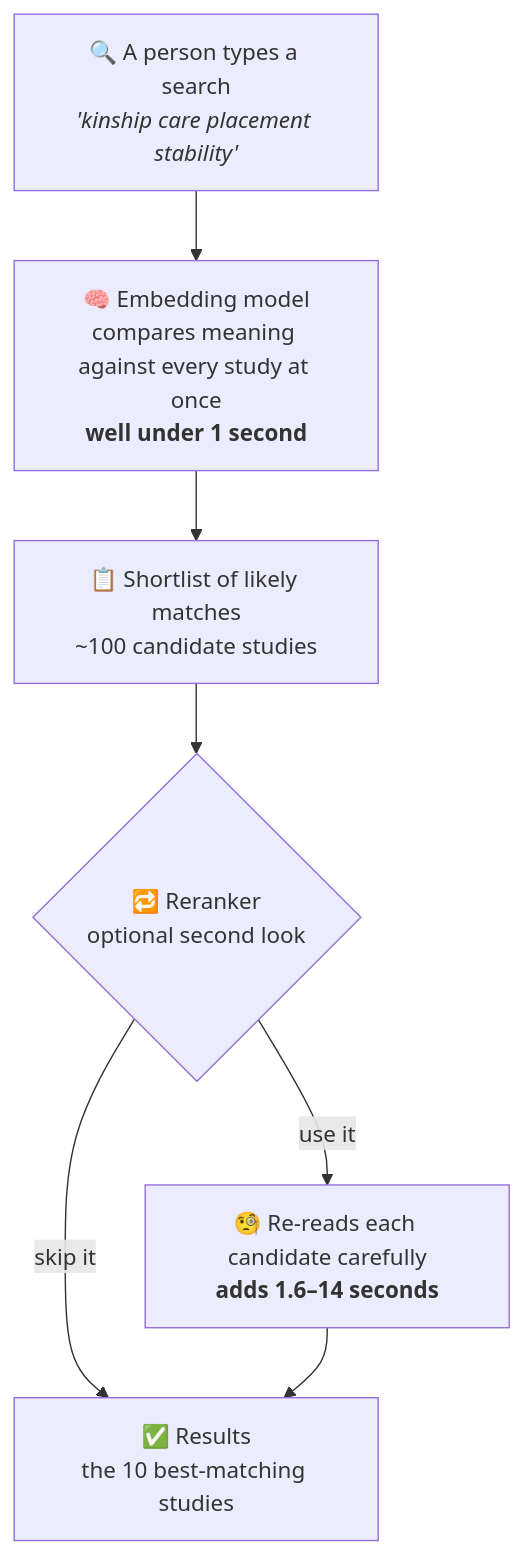
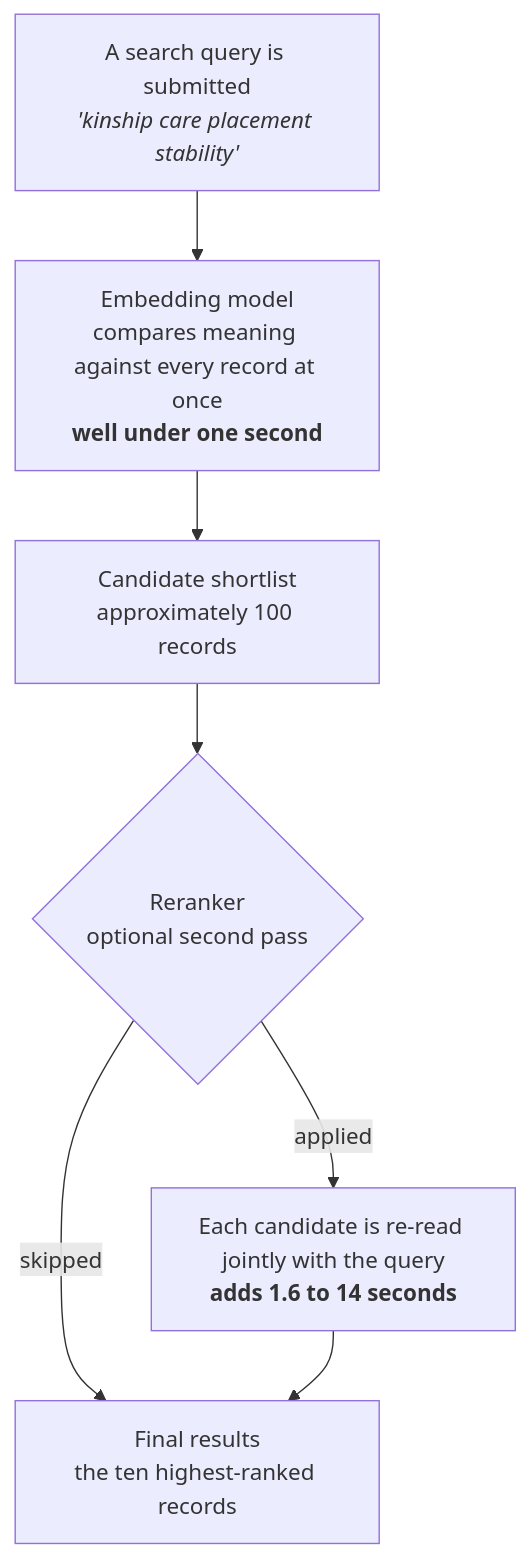
One commit to beperron/SW-Embedding-Test changed the diagram in README.md. Above: the diagram before and after it, drawn with Mermaid. The commit also changed other lines of this file, not shown here.

Commit message:
Give README an academic front-matter presentation: author block, formal Abstract, shrunk figure

````diff
--- a/README.md
+++ b/README.md
@@ -59,10 +72,10 @@
 ```mermaid
 flowchart TD
-    A["🔍 A person types a search<br/><i>'kinship care placement stability'</i>"] --> B
-    B["🧠 Embedding model<br/>compares meaning against every study at once<br/><b>well under 1 second</b>"] --> C
-    C["📋 Shortlist of likely matches<br/>~100 candidate studies"] --> D
-    D{"🔁 Reranker<br/>optional second look"}
-    D -- skip it --> F
-    D -- use it --> E["🧐 Re-reads each candidate carefully<br/><b>adds 1.6–14 seconds</b>"]
-    E --> F["✅ Results<br/>the 10 best-matching studies"]
+    A["A search query is submitted<br/><i>'kinship care placement stability'</i>"] --> B
+    B["Embedding model<br/>compares meaning against every record at once<br/><b>well under one second</b>"] --> C
+    C["Candidate shortlist<br/>approximately 100 records"] --> D
+    D{"Reranker<br/>optional second pass"}
+    D -- skipped --> F
+    D -- applied --> E["Each candidate is re-read jointly with the query<br/><b>adds 1.6 to 14 seconds</b>"]
+    E --> F["Final results<br/>the ten highest-ranked records"]
 ```
````
